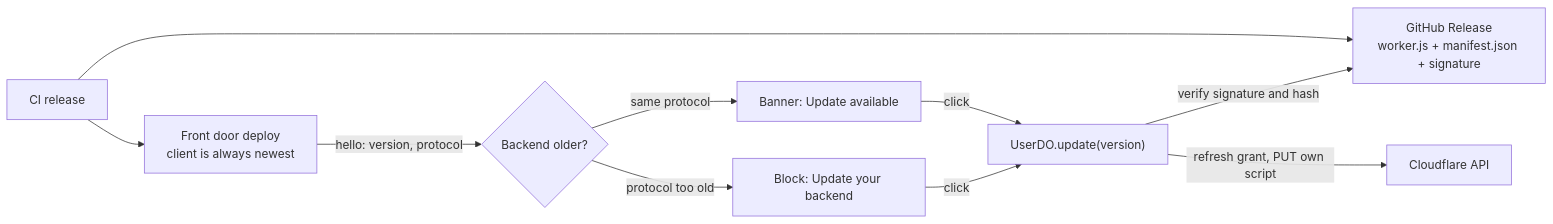
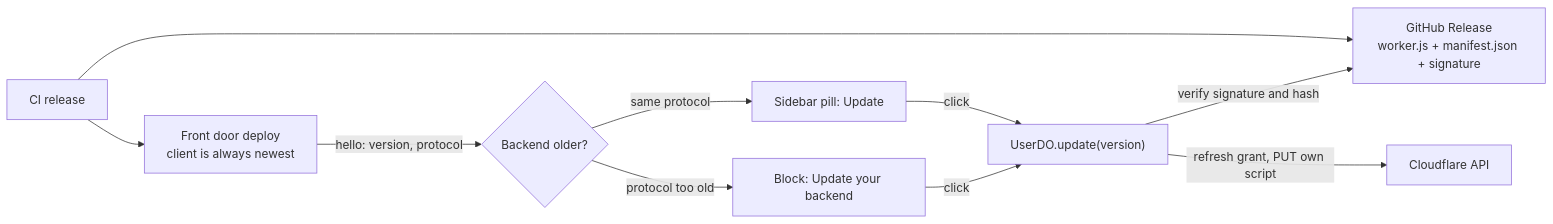
One commit to keyurbodar/kiko changed the fourth of 4 diagrams in docs/app-kiko.md. Above: the diagram before and after it, drawn with Mermaid. The commit also changed other lines of this file and 4 other files, not shown here.

First line of the commit message:
Replace the full-width update banner with a sidebar update pill, a composer notice for a blocked backend, and toasts for progress

````diff
--- a/docs/app-kiko.md
+++ b/docs/app-kiko.md
@@ -284,11 +286,11 @@
 ```mermaid
 flowchart LR
   ci["CI release"] --> gh["GitHub Release<br/>worker.js + manifest.json + signature"]
   ci --> fd["Front door deploy<br/>client is always newest"]
   fd -- "hello: version, protocol" --> cmp{"Backend older?"}
-  cmp -- "same protocol" --> banner["Banner: Update available"]
+  cmp -- "same protocol" --> banner["Sidebar pill: Update"]
   cmp -- "protocol too old" --> block["Block: Update your backend"]
   banner & block -- "click" --> udo["UserDO.update(version)"]
   udo -- "verify signature and hash" --> gh
   udo -- "refresh grant, PUT own script" --> cfapi["Cloudflare API"]
 ```
````
